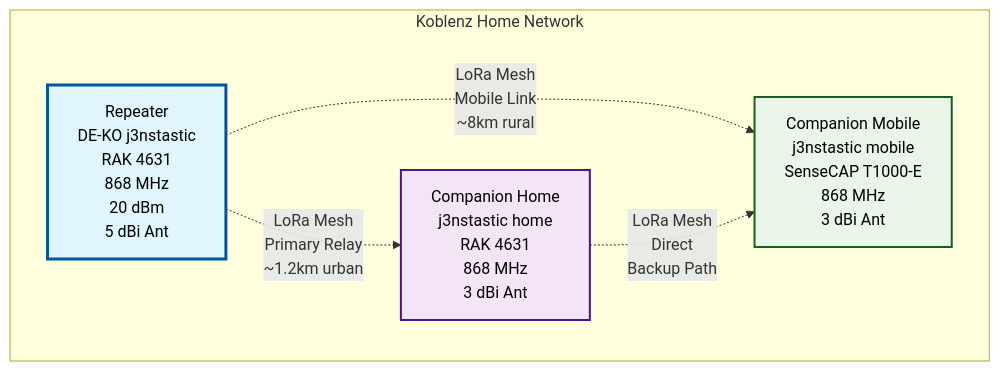
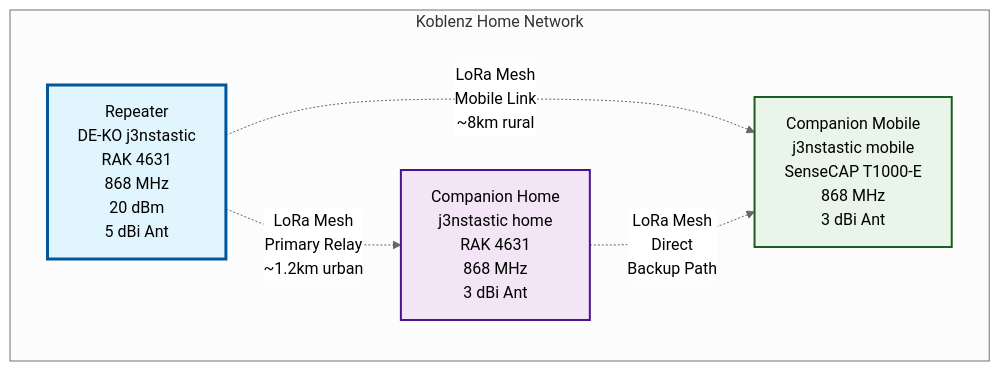
The diagram in content/mesh.md (mightyjens/mightyjens.github.io), drawn with Mermaid before and after one commit. The commit also changed other lines of this file, not shown here.

````diff
--- a/content/mesh.md
+++ b/content/mesh.md
@@ -36,22 +36,23 @@
 ```mermaid
+%%{init: {'theme':'neutral', 'themeVariables': { 'background': 'transparent'}}}%%
 graph TD
     subgraph "Koblenz Home Network"
         RB[Repeater<br/>DE-KO j3nstastic<br/>RAK 4631<br/>868 MHz<br/>20 dBm<br/>5 dBi Ant]
         
         CH[Companion Home<br/>j3nstastic home<br/>RAK 4631<br/>868 MHz<br/>3 dBi Ant]
         
         CM[Companion Mobile<br/>j3nstastic mobile<br/>SenseCAP T1000-E<br/>868 MHz<br/>3 dBi Ant]
     end
     
     RB -.->|LoRa Mesh<br/>Primary Relay<br/>~1.2km urban| CH
     RB -.->|LoRa Mesh<br/>Mobile Link<br/>~8km rural| CM
     CH -.->|LoRa Mesh<br/>Direct<br/>Backup Path| CM
     
     classDef repeater fill:#e1f5fe,stroke:#01579b,stroke-width:3px,color:#000
     classDef companion fill:#f3e5f5,stroke:#4a148c,stroke-width:2px,color:#000
     classDef mobile fill:#e8f5e8,stroke:#1b5e20,stroke-width:2px,color:#000
     
     class RB repeater
     class CH companion
     class CM mobile
 ```
````
